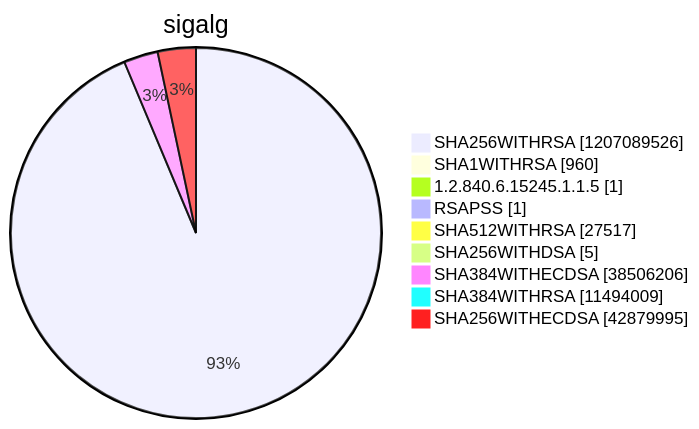
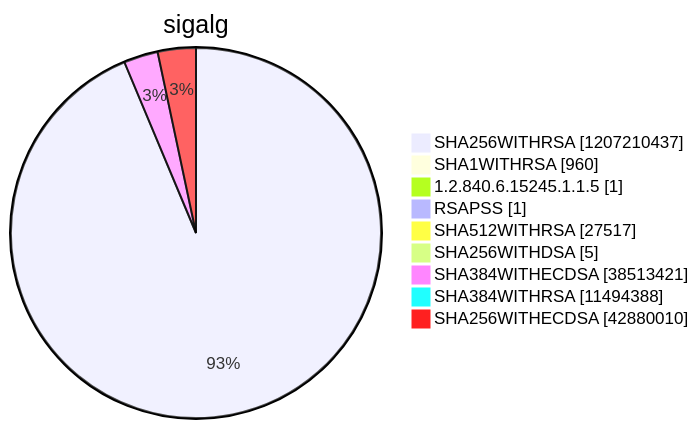
One commit to christiankrug/ctmonitor_visualization changed diagram 15 of 15 in argon2022/README.md. Above: the diagram before and after it, drawn with Mermaid. The commit also changed other lines of this file, not shown here.

````diff
--- a/argon2022/README.md
+++ b/argon2022/README.md
@@ -5519,13 +5520,13 @@
 ```mermaid
 pie showData
 title sigalg
-"SHA256WITHRSA" :1207089526
+"SHA256WITHRSA" :1207210437
 "SHA1WITHRSA" :960
 "1.2.840.6.15245.1.1.5" :1
 "RSAPSS" :1
 "SHA512WITHRSA" :27517
 "SHA256WITHDSA" :5
-"SHA384WITHECDSA" :38506206
-"SHA384WITHRSA" :11494009
-"SHA256WITHECDSA" :42879995
+"SHA384WITHECDSA" :38513421
+"SHA384WITHRSA" :11494388
+"SHA256WITHECDSA" :42880010
 ```
````
